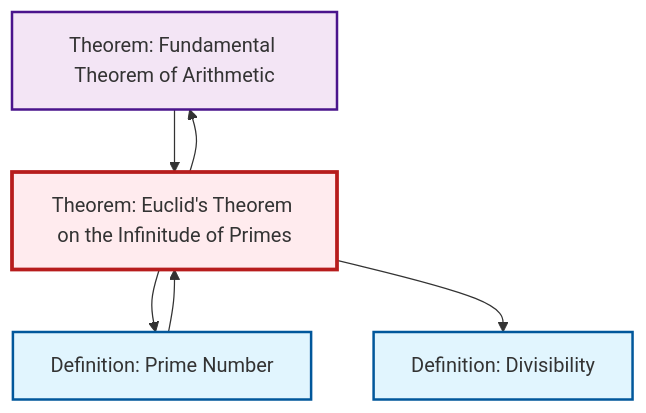
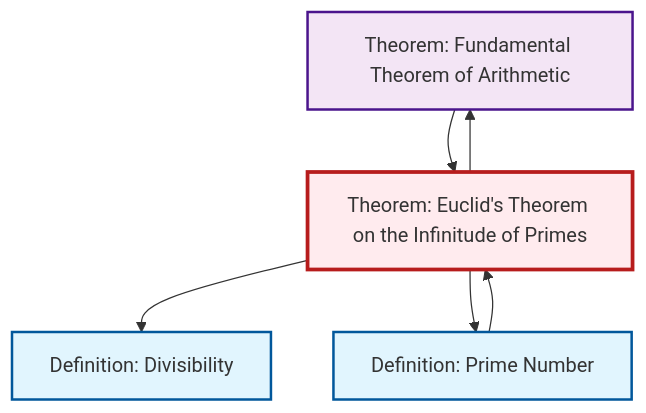
One commit to RK0429/ModernMath changed the diagram in content/en/number-theory/thm-euclid-infinitude-primes.qmd. Above: the diagram before and after it, drawn with Mermaid. The commit also changed other lines of this file and 1069 other files, not shown here.

````diff
--- a/content/en/number-theory/thm-euclid-infinitude-primes.qmd
+++ b/content/en/number-theory/thm-euclid-infinitude-primes.qmd
@@ -94,22 +94,22 @@
 ```{mermaid}
 %%| fig-cap: "Local dependency graph"
 graph TD
     classDef definition fill:#e1f5fe,stroke:#01579b,stroke-width:2px
     classDef theorem fill:#f3e5f5,stroke:#4a148c,stroke-width:2px
     classDef axiom fill:#fff3e0,stroke:#e65100,stroke-width:2px
     classDef example fill:#e8f5e9,stroke:#1b5e20,stroke-width:2px
     classDef current fill:#ffebee,stroke:#b71c1c,stroke-width:3px
     thm-fundamental-arithmetic["Theorem: Fundamental Theorem of Arithmetic"]:::theorem
+    def-prime["Definition: Prime Number"]:::definition
+    def-divisibility["Definition: Divisibility"]:::definition
     thm-euclid-infinitude-primes["Theorem: Euclid's Theorem on the Infinitude of Primes"]:::theorem
-    def-divisibility["Definition: Divisibility"]:::definition
-    def-prime["Definition: Prime Number"]:::definition
+    def-prime --> thm-euclid-infinitude-primes
+    thm-euclid-infinitude-primes --> thm-fundamental-arithmetic
+    thm-fundamental-arithmetic --> thm-euclid-infinitude-primes
+    thm-euclid-infinitude-primes --> def-divisibility
     thm-euclid-infinitude-primes --> def-prime
-    thm-fundamental-arithmetic --> thm-euclid-infinitude-primes
-    thm-euclid-infinitude-primes --> thm-fundamental-arithmetic
-    thm-euclid-infinitude-primes --> def-divisibility
-    def-prime --> thm-euclid-infinitude-primes
     class thm-euclid-infinitude-primes current
     click thm-fundamental-arithmetic "thm-fundamental-arithmetic.html" "Go to Fundamental Theorem of Arithmetic theorem"
+    click def-prime "def-prime.html" "Go to Prime Number definition"
     click def-divisibility "def-divisibility.html" "Go to Divisibility definition"
-    click def-prime "def-prime.html" "Go to Prime Number definition"
 ```
````
